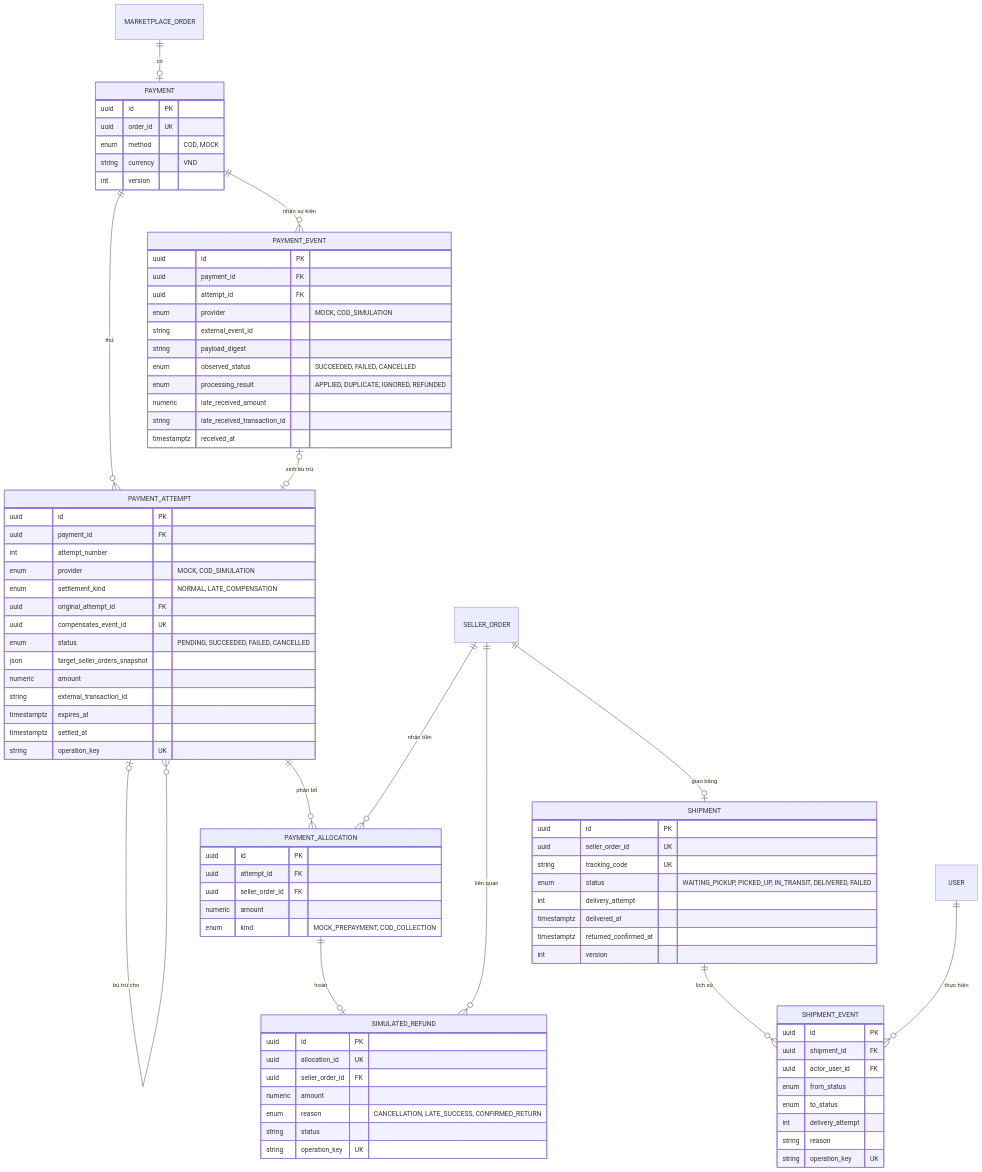
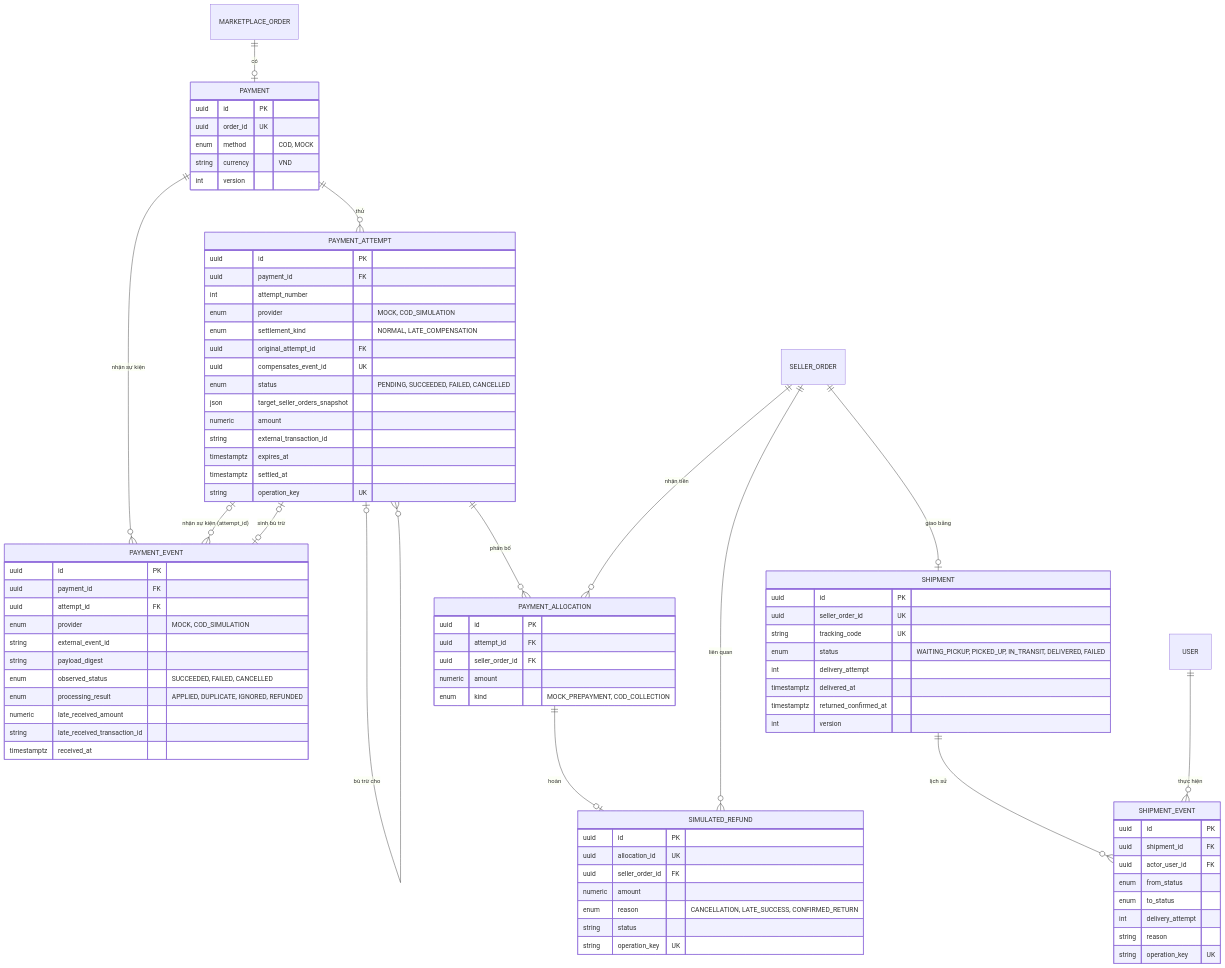
Before and after one commit to kietda623/do-an-cnpm: the fifth of 6 diagrams in docs/architecture/04-erd.md, drawn with Mermaid. The commit also changed other lines of this file and 5 other files, not shown here.

Commit message:
docs(architecture): correct ERD relationships, API sequence details, and permission guidance

```diff
--- a/docs/architecture/04-erd.md
+++ b/docs/architecture/04-erd.md
@@ -401,6 +401,7 @@
   PAYMENT ||--o{ PAYMENT_ATTEMPT : "thử"
   PAYMENT ||--o{ PAYMENT_EVENT : "nhận sự kiện"
   PAYMENT_ATTEMPT |o--o{ PAYMENT_ATTEMPT : "bù trừ cho"
+  PAYMENT_ATTEMPT |o--o{ PAYMENT_EVENT : "nhận sự kiện (attempt_id)"
   PAYMENT_EVENT |o--o| PAYMENT_ATTEMPT : "sinh bù trừ"
   PAYMENT_ATTEMPT ||--o{ PAYMENT_ALLOCATION : "phân bổ"
   SELLER_ORDER ||--o{ PAYMENT_ALLOCATION : "nhận tiền"
```
